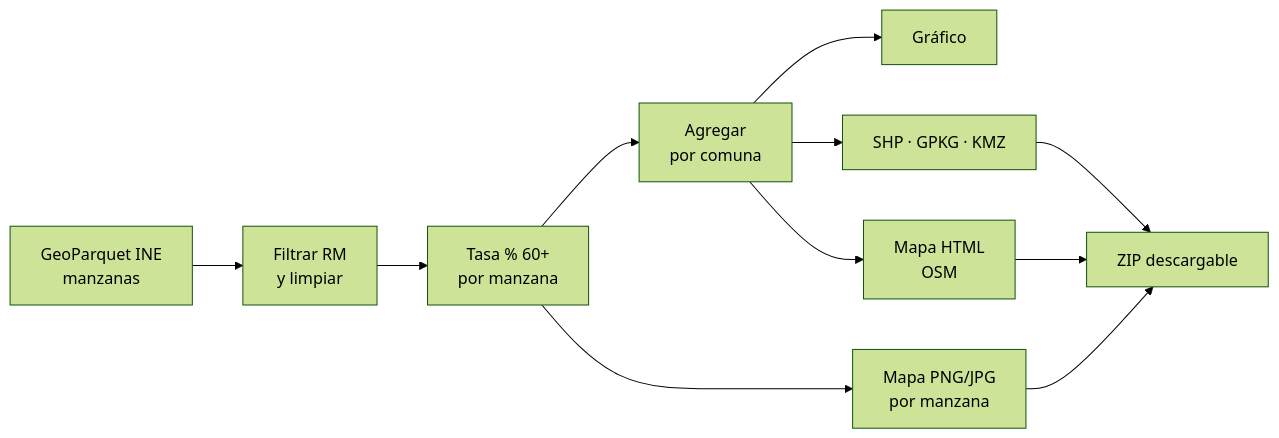
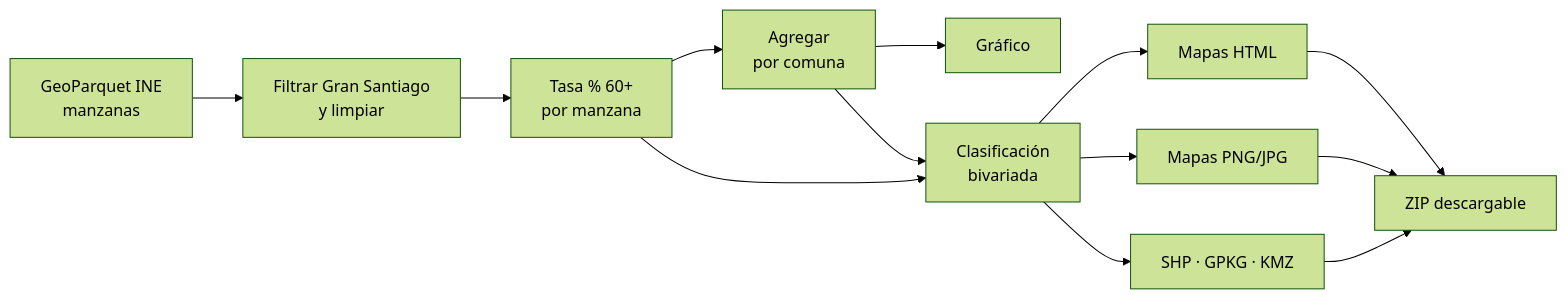
The diagram in 02-ejercicio.qmd (benjajul/clase-mapeo-censo), drawn with Mermaid (forest theme) before and after one commit. The commit also changed other lines of this file and 17 other files, not shown here.

````diff
--- a/02-ejercicio.qmd
+++ b/02-ejercicio.qmd
@@ -20,13 +20,15 @@
 ```{mermaid}
 flowchart LR
-  A[GeoParquet INE<br>manzanas] --> B[Filtrar RM<br>y limpiar]
+  A[GeoParquet INE<br>manzanas] --> B[Filtrar Gran Santiago<br>y limpiar]
   B --> C[Tasa % 60+<br>por manzana]
   C --> D[Agregar<br>por comuna]
   D --> E[Gráfico]
-  D --> F[Mapa HTML<br>OSM]
-  C --> G[Mapa PNG/JPG<br>por manzana]
-  D --> H[SHP · GPKG · KMZ]
-  H --> Z[ZIP descargable]
-  F --> Z
+  C --> BI[Clasificación<br>bivariada]
+  D --> BI
+  BI --> F[Mapas HTML]
+  BI --> G[Mapas PNG/JPG]
+  BI --> H[SHP · GPKG · KMZ]
+  F --> Z[ZIP descargable]
   G --> Z
+  H --> Z
 ```
````
